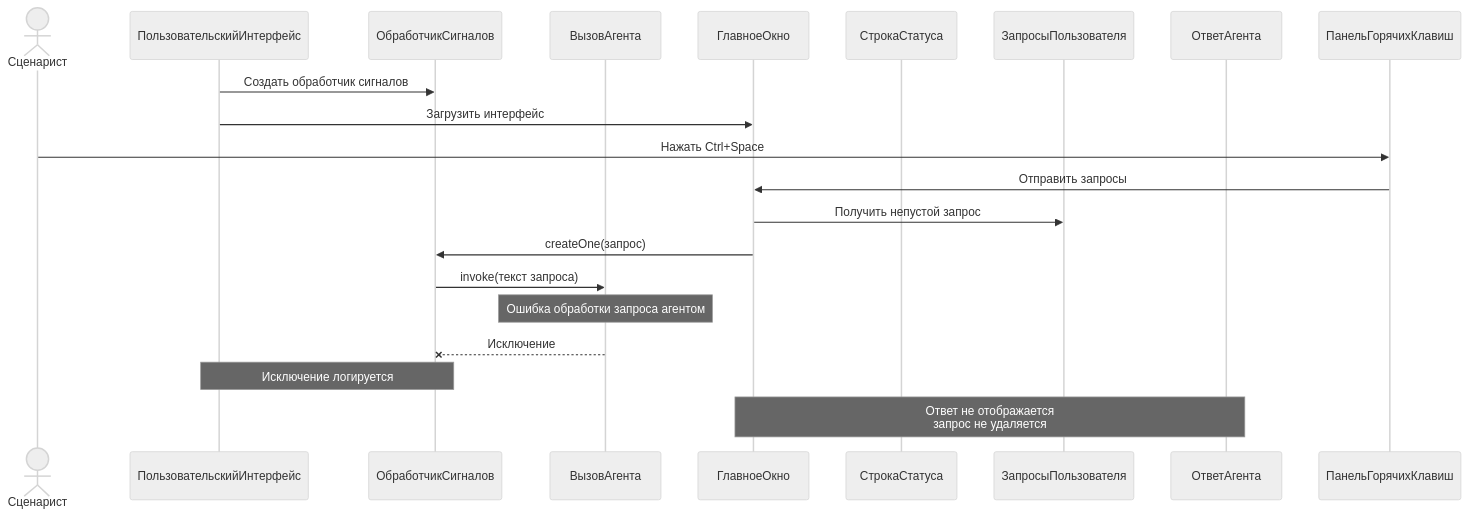
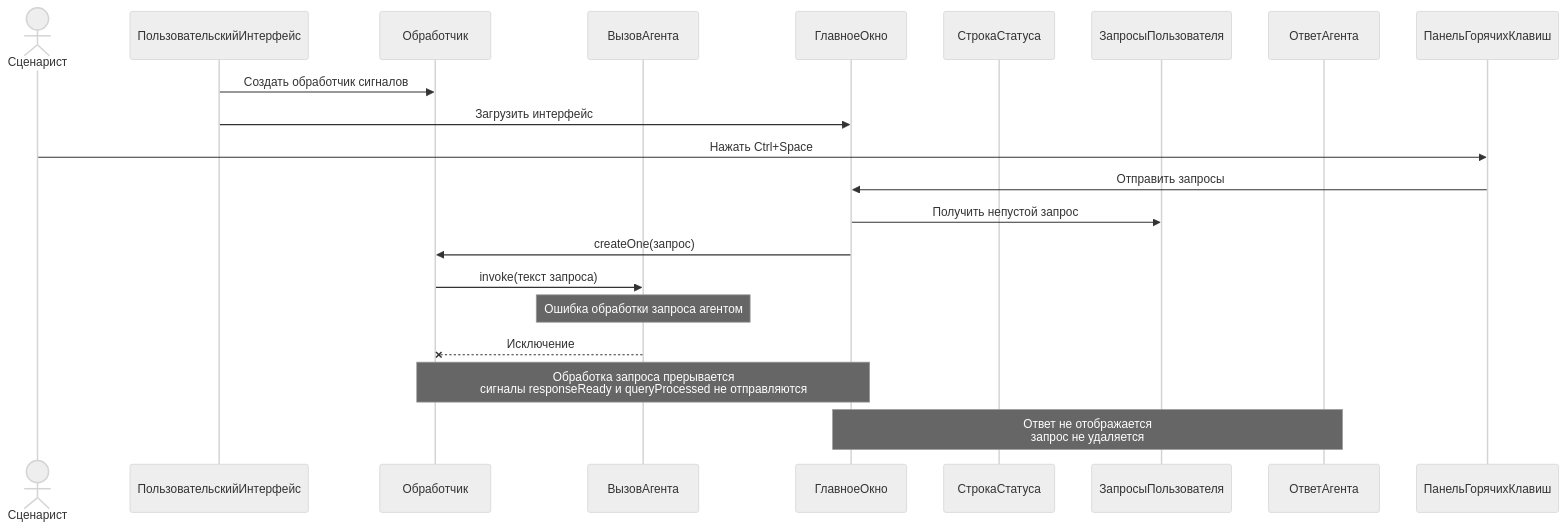
The second of 3 diagrams in Пакет Интерфейс пользователя/2. Диаграмма последовательностей взаимодействия объектов классов пакета.md (CHSU-scenarAIst/diagrammy), drawn with Mermaid (neutral theme) before and after one commit. The commit also changed other lines of this file and 13 other files, not shown here.

````diff
--- a/Пакет Интерфейс пользователя/2. Диаграмма последовательностей взаимодействия объектов классов пакета.md
+++ b/Пакет Интерфейс пользователя/2. Диаграмма последовательностей взаимодействия объектов классов пакета.md
@@ -58,24 +57,24 @@
 ```mermaid
 sequenceDiagram
     actor Сценарист
     participant ПользовательскийИнтерфейс
-    participant ОбработчикСигналов
+    participant Обработчик
     participant ВызовАгента
     participant ГлавноеОкно
     participant СтрокаСтатуса
     participant ЗапросыПользователя
     participant ОтветАгента
     participant ПанельГорячихКлавиш
 
-    ПользовательскийИнтерфейс->>ОбработчикСигналов: Создать обработчик сигналов
+    ПользовательскийИнтерфейс->>Обработчик: Создать обработчик сигналов
     ПользовательскийИнтерфейс->>ГлавноеОкно: Загрузить интерфейс
     Сценарист->>ПанельГорячихКлавиш: Нажать Ctrl+Space
     ПанельГорячихКлавиш->>ГлавноеОкно: Отправить запросы
     ГлавноеОкно->>ЗапросыПользователя: Получить непустой запрос
-    ГлавноеОкно->>ОбработчикСигналов: createOne(запрос)
-    ОбработчикСигналов->>ВызовАгента: invoke(текст запроса)
+    ГлавноеОкно->>Обработчик: createOne(запрос)
+    Обработчик->>ВызовАгента: invoke(текст запроса)
     Note over ВызовАгента: Ошибка обработки запроса агентом
-    ВызовАгента--xОбработчикСигналов: Исключение
-    Note over ОбработчикСигналов,ПользовательскийИнтерфейс: Исключение логируется
+    ВызовАгента--xОбработчик: Исключение
+    Note over Обработчик,ГлавноеОкно: Обработка запроса прерывается<br/>сигналы responseReady и queryProcessed не отправляются
     Note over ГлавноеОкно,ОтветАгента: Ответ не отображается<br/>запрос не удаляется
 ```
````
